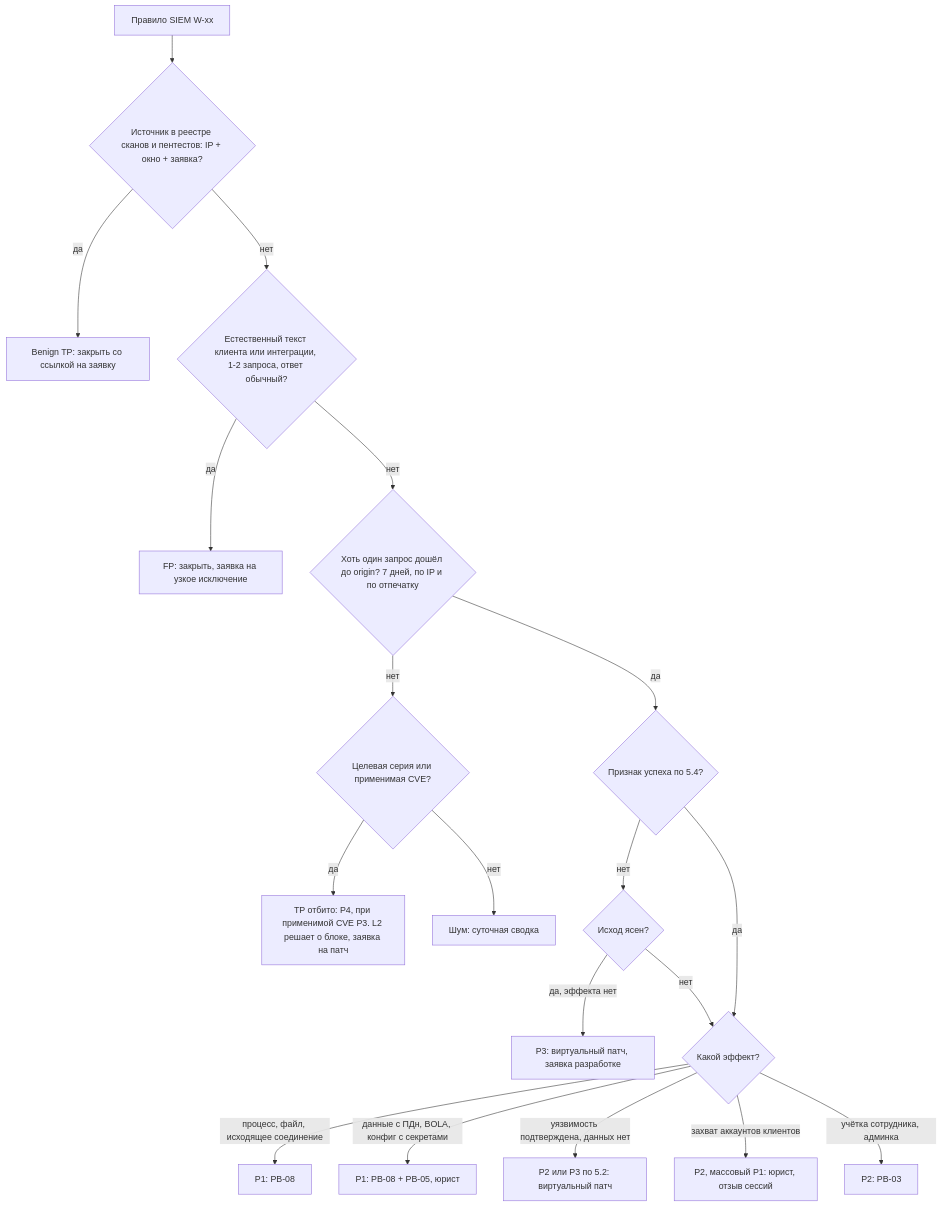
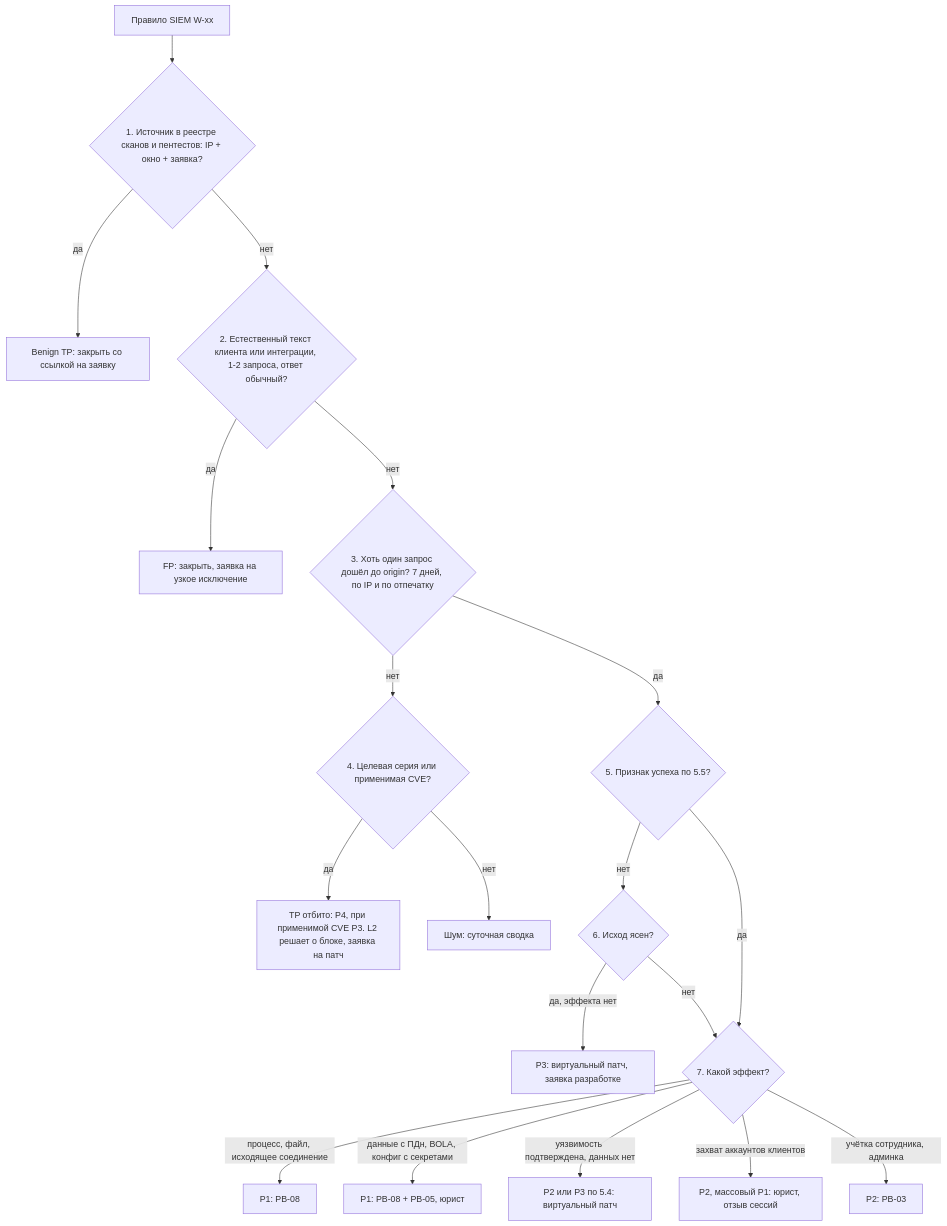
The diagram in playbooks/PB-S1-waf-alert.md (vehpbkrby/security-playbook), drawn with Mermaid before and after one commit. The commit also changed other lines of this file and 13 other files, not shown here.

````diff
--- a/playbooks/PB-S1-waf-alert.md
+++ b/playbooks/PB-S1-waf-alert.md
@@ -235,21 +162,21 @@
 ```mermaid
 flowchart TD
-  A["Правило SIEM W-xx"] --> B{"Источник в реестре сканов и пентестов: IP + окно + заявка?"}
+  A["Правило SIEM W-xx"] --> B{"1. Источник в реестре сканов и пентестов: IP + окно + заявка?"}
   B -- да --> BT["Benign TP: закрыть со ссылкой на заявку"]
-  B -- нет --> C{"Естественный текст клиента или интеграции, 1-2 запроса, ответ обычный?"}
+  B -- нет --> C{"2. Естественный текст клиента или интеграции, 1-2 запроса, ответ обычный?"}
   C -- да --> FP["FP: закрыть, заявка на узкое исключение"]
-  C -- нет --> D{"Хоть один запрос дошёл до origin? 7 дней, по IP и по отпечатку"}
-  D -- нет --> E{"Целевая серия или применимая CVE?"}
+  C -- нет --> D{"3. Хоть один запрос дошёл до origin? 7 дней, по IP и по отпечатку"}
+  D -- нет --> E{"4. Целевая серия или применимая CVE?"}
   E -- да --> P4a["TP отбито: P4, при применимой CVE P3. L2 решает о блоке, заявка на патч"]
   E -- нет --> P4b["Шум: суточная сводка"]
-  D -- да --> F{"Признак успеха по 5.4?"}
-  F -- нет --> G{"Исход ясен?"}
+  D -- да --> F{"5. Признак успеха по 5.5?"}
+  F -- нет --> G{"6. Исход ясен?"}
   G -- "да, эффекта нет" --> P3["P3: виртуальный патч, заявка разработке"]
   G -- "нет" --> I
-  F -- да --> I{"Какой эффект?"}
+  F -- да --> I{"7. Какой эффект?"}
   I -- "процесс, файл, исходящее соединение" --> P1a["P1: PB-08"]
   I -- "данные с ПДн, BOLA, конфиг с секретами" --> P1b["P1: PB-08 + PB-05, юрист"]
-  I -- "уязвимость подтверждена, данных нет" --> P2["P2 или P3 по 5.2: виртуальный патч"]
+  I -- "уязвимость подтверждена, данных нет" --> P2["P2 или P3 по 5.4: виртуальный патч"]
   I -- "захват аккаунтов клиентов" --> ATO["P2, массовый P1: юрист, отзыв сессий"]
   I -- "учётка сотрудника, админка" --> PB03["P2: PB-03"]
 ```
````
